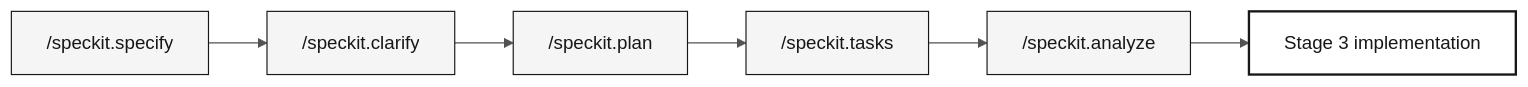
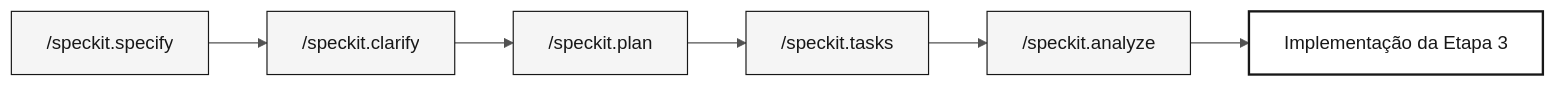
One commit to serpro-workshop-floripa/sifap-workshop-paula-00 changed the diagram in .spec/README.md. Above: the diagram before and after it, drawn with Mermaid. The commit also changed other lines of this file and 16 other files, not shown here.

Commit message:
Translate SVG assets from English to Portuguese, updating text elements in sifap-pain-points.svg, stage-flow.svg, timeline-stages.svg, and traceability-chain.svg for improved localization and accessibility.

````diff
--- a/.spec/README.md
+++ b/.spec/README.md
@@ -49,12 +49,12 @@
 ```mermaid
 %%{init: {'theme':'neutral','themeVariables':{'fontFamily':'ui-sans-serif, system-ui, sans-serif','primaryColor':'#F5F5F5','primaryTextColor':'#171717','primaryBorderColor':'#171717','lineColor':'#525252','secondaryColor':'#FFFFFF','tertiaryColor':'#FAFAFA','background':'#FFFFFF'}}}%%
 flowchart LR
     classDef step fill:#F5F5F5,stroke:#171717,color:#171717
     classDef result fill:#FFFFFF,stroke:#171717,color:#171717,stroke-width:2px
 
     A["/speckit.specify"]:::step --> B["/speckit.clarify"]:::step
     B --> C["/speckit.plan"]:::step
     C --> D["/speckit.tasks"]:::step
     D --> E["/speckit.analyze"]:::step
-    E --> F["Stage 3 implementation"]:::result
+    E --> F["Implementação da Etapa 3"]:::result
 ```
````
